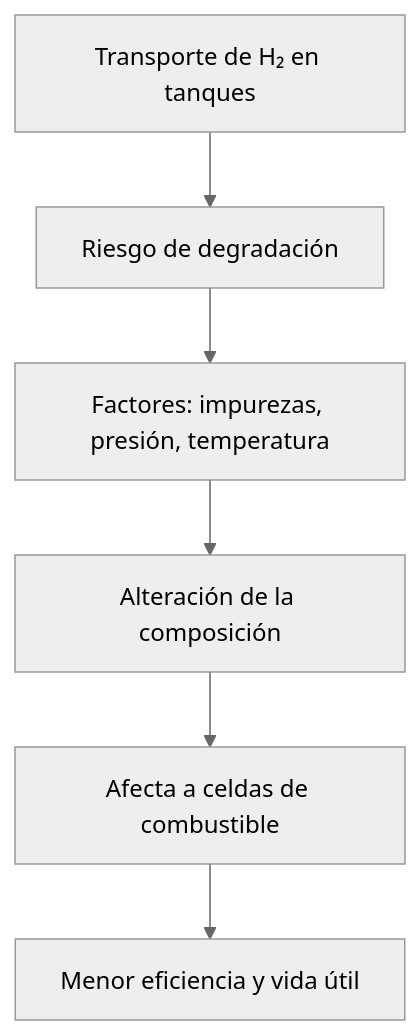
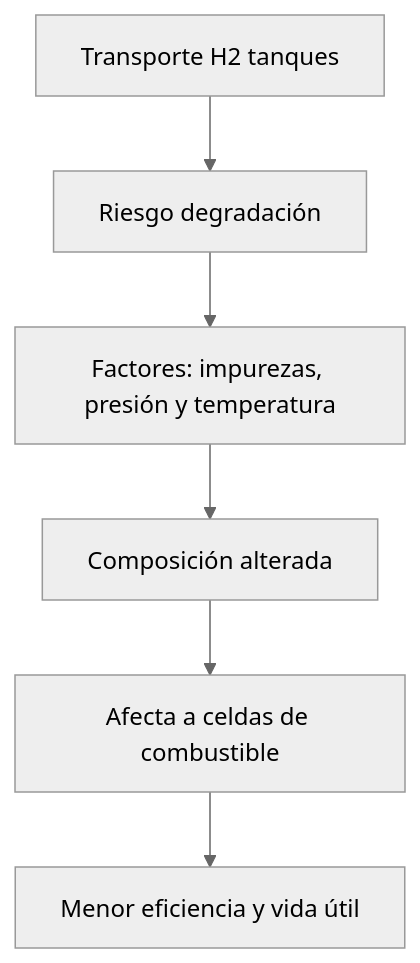
One commit to rubenvmu/loghid changed diagram 12 of 12 in README.md. Above: the diagram before and after it, drawn with Mermaid (neutral theme).

````diff
--- a/README.md
+++ b/README.md
@@ -562,8 +562,8 @@
 ```mermaid
 graph TD;
-    A[Transporte de H₂ en tanques] --> B[Riesgo de degradación]
-    B --> C[Factores: impurezas, presión, temperatura]
-    C --> D[Alteración de la composición]
+    A[Transporte H2 tanques] --> B[Riesgo degradación]
+    B --> C[Factores: impurezas, presión y temperatura]
+    C --> D[Composición alterada]
     D --> E[Afecta a celdas de combustible]
     E --> F[Menor eficiencia y vida útil]
 ```
````
